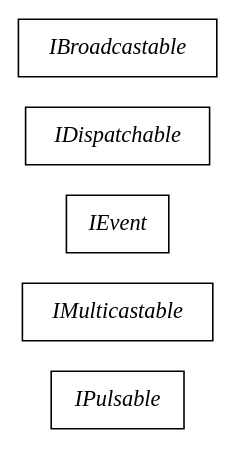
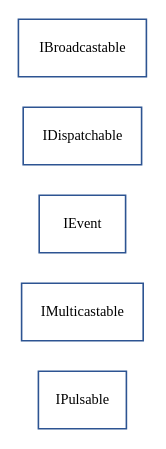
One commit to sekati/sasapi changed the diagram in docs/com/sekati/events/interfaces.dot. Above: the diagram before and after it, drawn with Graphviz. The commit also changed 125 other files, not shown here.

```diff
--- a/docs/com/sekati/events/interfaces.dot
+++ b/docs/com/sekati/events/interfaces.dot
@@ -1,38 +1,48 @@
 strict digraph interface_diagram {
   rankdir=LR;
   IPulsable[
     label="IPulsable",
     URL="IPulsable.html",
     tooltip="com.sekati.events.IPulsable",
-    fontname="Times-Italic",
+    fontname="Verdana-Italic",
+    fontsize="9"
+    color="#2d5492"
     shape="record"
   ];
   IMulticastable[
     label="IMulticastable",
     URL="IMulticastable.html",
     tooltip="com.sekati.events.IMulticastable",
-    fontname="Times-Italic",
+    fontname="Verdana-Italic",
+    fontsize="9"
+    color="#2d5492"
     shape="record"
   ];
   IEvent[
     label="IEvent",
     URL="IEvent.html",
     tooltip="com.sekati.events.IEvent",
-    fontname="Times-Italic",
+    fontname="Verdana-Italic",
+    fontsize="9"
+    color="#2d5492"
     shape="record"
   ];
   IDispatchable[
     label="IDispatchable",
     URL="IDispatchable.html",
     tooltip="com.sekati.events.IDispatchable",
-    fontname="Times-Italic",
+    fontname="Verdana-Italic",
+    fontsize="9"
+    color="#2d5492"
     shape="record"
   ];
   IBroadcastable[
     label="IBroadcastable",
     URL="IBroadcastable.html",
     tooltip="com.sekati.events.IBroadcastable",
-    fontname="Times-Italic",
+    fontname="Verdana-Italic",
+    fontsize="9"
+    color="#2d5492"
     shape="record"
   ];
 }
```
